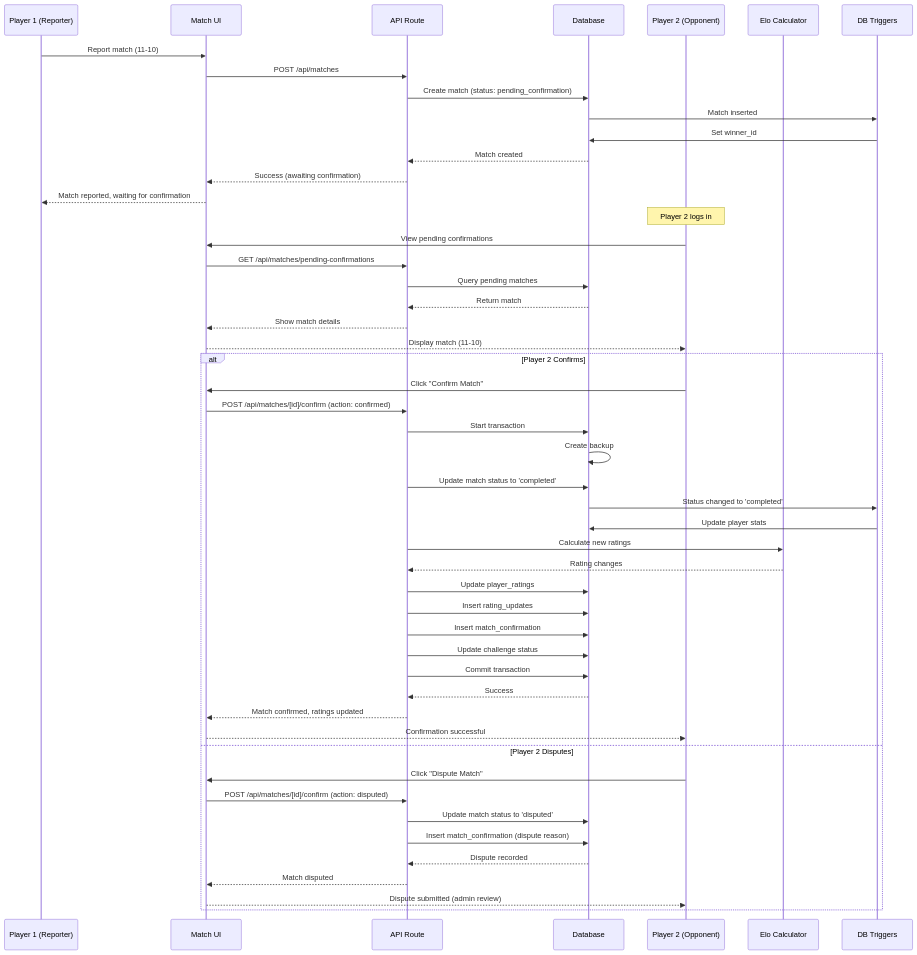
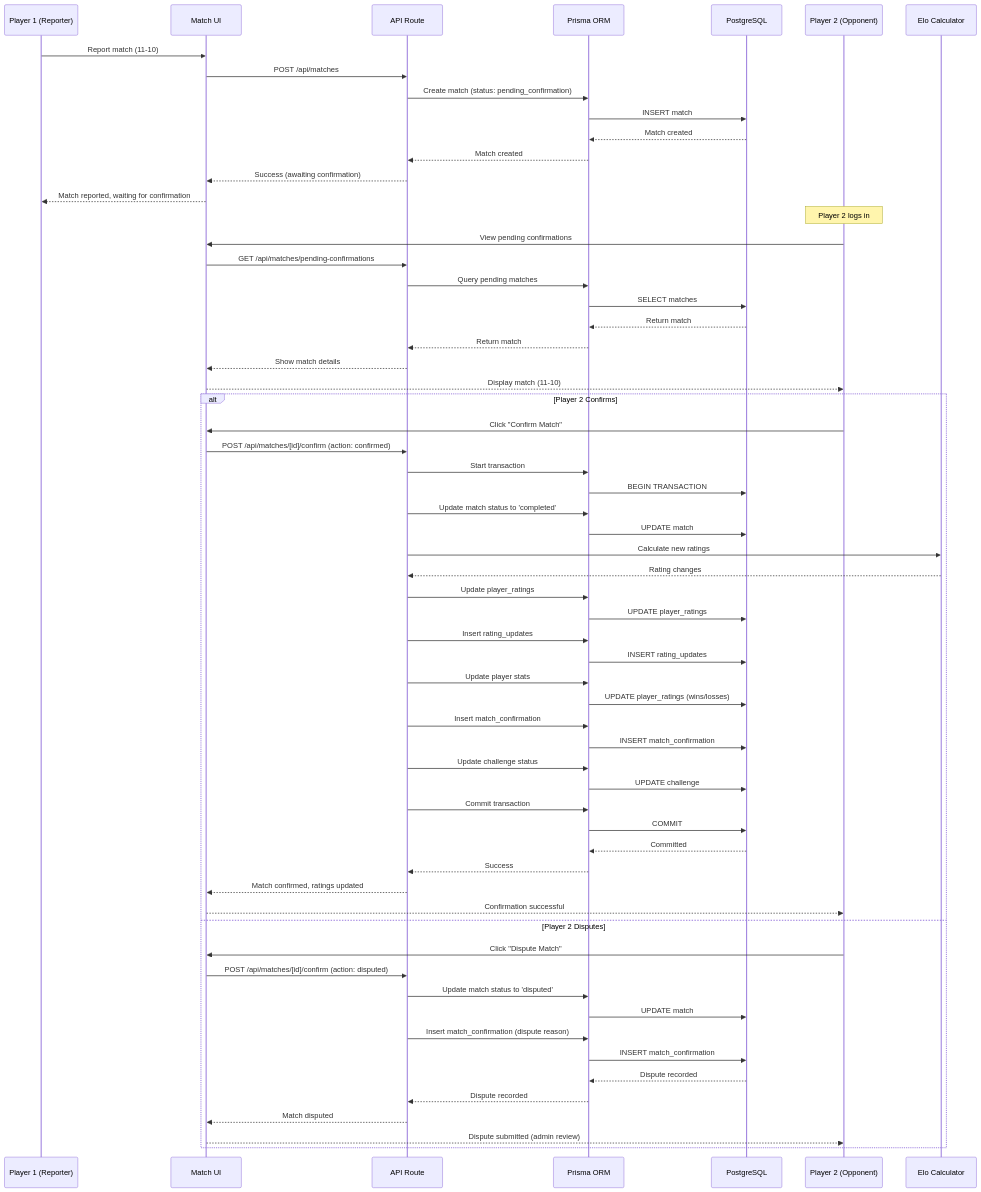
One commit to UziB26/leagueladder changed the eighth of 17 diagrams in doc/architecture.md. Above: the diagram before and after it, drawn with Mermaid. The commit also changed other lines of this file and 7 other files, not shown here.

````diff
--- a/doc/architecture.md
+++ b/doc/architecture.md
@@ -446,55 +523,67 @@
 ```mermaid
 sequenceDiagram
     participant P1 as Player 1 (Reporter)
     participant UI as Match UI
     participant API as API Route
-    participant DB as Database
+    participant Prisma as Prisma ORM
+    participant DB as PostgreSQL
     participant P2 as Player 2 (Opponent)
     participant Elo as Elo Calculator
-    participant Trigger as DB Triggers
 
     P1->>UI: Report match (11-10)
     UI->>API: POST /api/matches
-    API->>DB: Create match (status: pending_confirmation)
-    DB->>Trigger: Match inserted
-    Trigger->>DB: Set winner_id
-    DB-->>API: Match created
+    API->>Prisma: Create match (status: pending_confirmation)
+    Prisma->>DB: INSERT match
+    DB-->>Prisma: Match created
+    Prisma-->>API: Match created
     API-->>UI: Success (awaiting confirmation)
     UI-->>P1: Match reported, waiting for confirmation
 
     Note over P2: Player 2 logs in
     P2->>UI: View pending confirmations
     UI->>API: GET /api/matches/pending-confirmations
-    API->>DB: Query pending matches
-    DB-->>API: Return match
+    API->>Prisma: Query pending matches
+    Prisma->>DB: SELECT matches
+    DB-->>Prisma: Return match
+    Prisma-->>API: Return match
     API-->>UI: Show match details
     UI-->>P2: Display match (11-10)
 
     alt Player 2 Confirms
         P2->>UI: Click "Confirm Match"
         UI->>API: POST /api/matches/[id]/confirm (action: confirmed)
-        API->>DB: Start transaction
-        DB->>DB: Create backup
-        API->>DB: Update match status to 'completed'
-        DB->>Trigger: Status changed to 'completed'
-        Trigger->>DB: Update player stats
+        API->>Prisma: Start transaction
+        Prisma->>DB: BEGIN TRANSACTION
+        API->>Prisma: Update match status to 'completed'
+        Prisma->>DB: UPDATE match
         API->>Elo: Calculate new ratings
         Elo-->>API: Rating changes
-        API->>DB: Update player_ratings
-        API->>DB: Insert rating_updates
-        API->>DB: Insert match_confirmation
-        API->>DB: Update challenge status
-        API->>DB: Commit transaction
-        DB-->>API: Success
+        API->>Prisma: Update player_ratings
+        Prisma->>DB: UPDATE player_ratings
+        API->>Prisma: Insert rating_updates
+        Prisma->>DB: INSERT rating_updates
+        API->>Prisma: Update player stats
+        Prisma->>DB: UPDATE player_ratings (wins/losses)
+        API->>Prisma: Insert match_confirmation
+        Prisma->>DB: INSERT match_confirmation
+        API->>Prisma: Update challenge status
+        Prisma->>DB: UPDATE challenge
+        API->>Prisma: Commit transaction
+        Prisma->>DB: COMMIT
+        DB-->>Prisma: Committed
+        Prisma-->>API: Success
         API-->>UI: Match confirmed, ratings updated
         UI-->>P2: Confirmation successful
     else Player 2 Disputes
         P2->>UI: Click "Dispute Match"
         UI->>API: POST /api/matches/[id]/confirm (action: disputed)
-        API->>DB: Update match status to 'disputed'
-        API->>DB: Insert match_confirmation (dispute reason)
-        DB-->>API: Dispute recorded
+        API->>Prisma: Update match status to 'disputed'
+        Prisma->>DB: UPDATE match
+        API->>Prisma: Insert match_confirmation (dispute reason)
+        Prisma->>DB: INSERT match_confirmation
+        DB-->>Prisma: Dispute recorded
+        Prisma-->>API: Dispute recorded
         API-->>UI: Match disputed
         UI-->>P2: Dispute submitted (admin review)
     end
 ```
````
